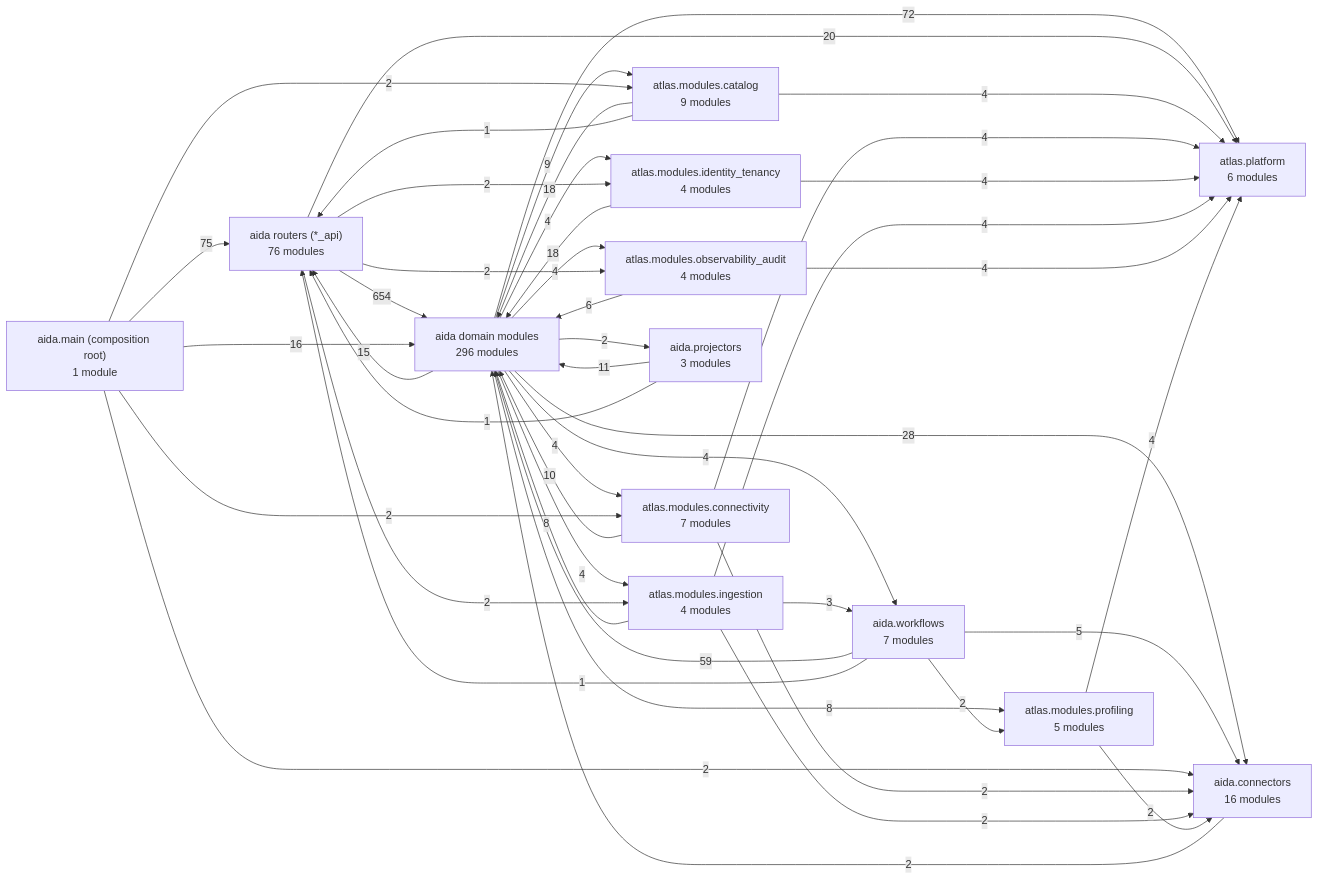
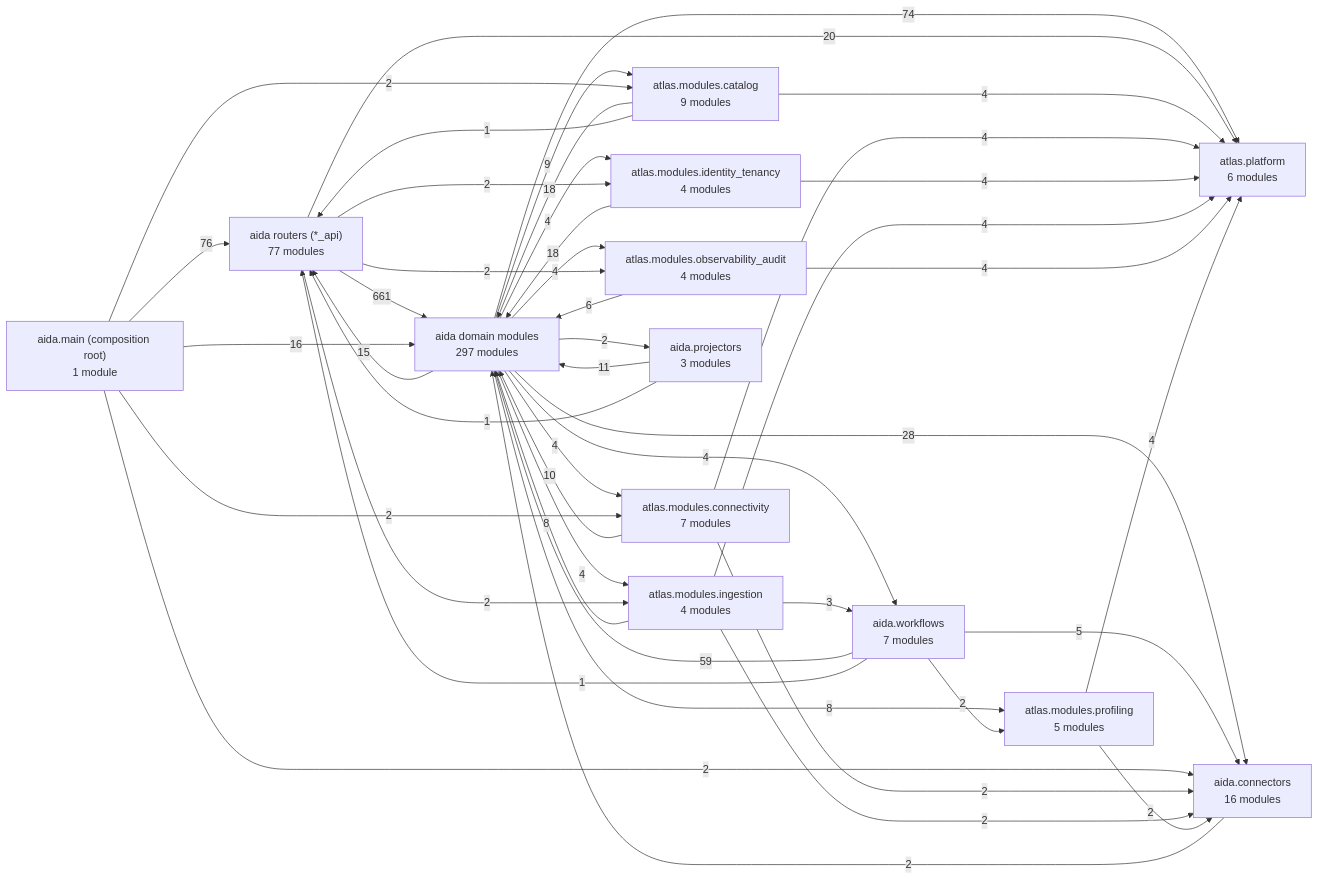
The first of 3 diagrams in Docs/10-architecture/14-generated-architecture-map.md (karuppusamym/AIDataAnalyst), drawn with Mermaid before and after one commit. The commit also changed other lines of this file and 23 other files, not shown here.

````diff
--- a/Docs/10-architecture/14-generated-architecture-map.md
+++ b/Docs/10-architecture/14-generated-architecture-map.md
@@ -48,60 +48,60 @@
 ```mermaid
 graph LR
   app["aida.main (composition root)<br/>1 module"]
-  routers["aida routers (*_api)<br/>76 modules"]
-  domain["aida domain modules<br/>296 modules"]
+  routers["aida routers (*_api)<br/>77 modules"]
+  domain["aida domain modules<br/>297 modules"]
   ctx_catalog["atlas.modules.catalog<br/>9 modules"]
   ctx_connectivity["atlas.modules.connectivity<br/>7 modules"]
   ctx_identity_tenancy["atlas.modules.identity_tenancy<br/>4 modules"]
   ctx_ingestion["atlas.modules.ingestion<br/>4 modules"]
   ctx_observability_audit["atlas.modules.observability_audit<br/>4 modules"]
   ctx_profiling["atlas.modules.profiling<br/>5 modules"]
   connectors["aida.connectors<br/>16 modules"]
   workflows["aida.workflows<br/>7 modules"]
   projectors["aida.projectors<br/>3 modules"]
   platform["atlas.platform<br/>6 modules"]
-  routers -->|654| domain
-  app -->|75| routers
-  domain -->|72| platform
+  routers -->|661| domain
+  app -->|76| routers
+  domain -->|74| platform
   workflows -->|59| domain
   domain -->|28| connectors
   routers -->|20| platform
   ctx_catalog -->|18| domain
   ctx_identity_tenancy -->|18| domain
   app -->|16| domain
   domain -->|15| routers
   projectors -->|11| domain
   ctx_connectivity -->|10| domain
   domain -->|9| ctx_catalog
   ctx_ingestion -->|8| domain
   domain -->|8| ctx_profiling
   ctx_observability_audit -->|6| domain
   workflows -->|5| connectors
   ctx_catalog -->|4| platform
   ctx_connectivity -->|4| platform
   ctx_identity_tenancy -->|4| platform
   ctx_ingestion -->|4| platform
   ctx_observability_audit -->|4| platform
   ctx_profiling -->|4| platform
   domain -->|4| ctx_connectivity
   domain -->|4| ctx_identity_tenancy
   domain -->|4| ctx_ingestion
   domain -->|4| ctx_observability_audit
   domain -->|4| workflows
   ctx_ingestion -->|3| workflows
   app -->|2| connectors
   app -->|2| ctx_catalog
   app -->|2| ctx_connectivity
   connectors -->|2| domain
   ctx_connectivity -->|2| connectors
   ctx_ingestion -->|2| connectors
   ctx_profiling -->|2| connectors
   domain -->|2| projectors
   routers -->|2| ctx_identity_tenancy
   routers -->|2| ctx_ingestion
   routers -->|2| ctx_observability_audit
   workflows -->|2| ctx_profiling
   ctx_catalog -->|1| routers
   projectors -->|1| routers
   workflows -->|1| routers
 ```
````
